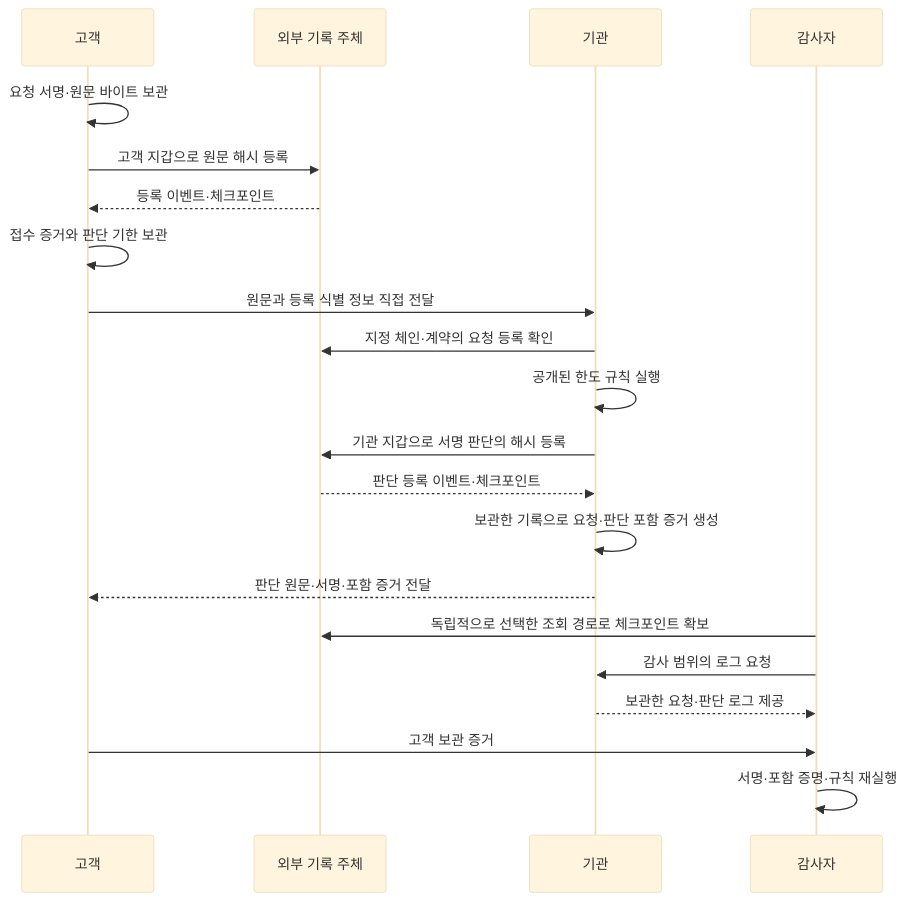
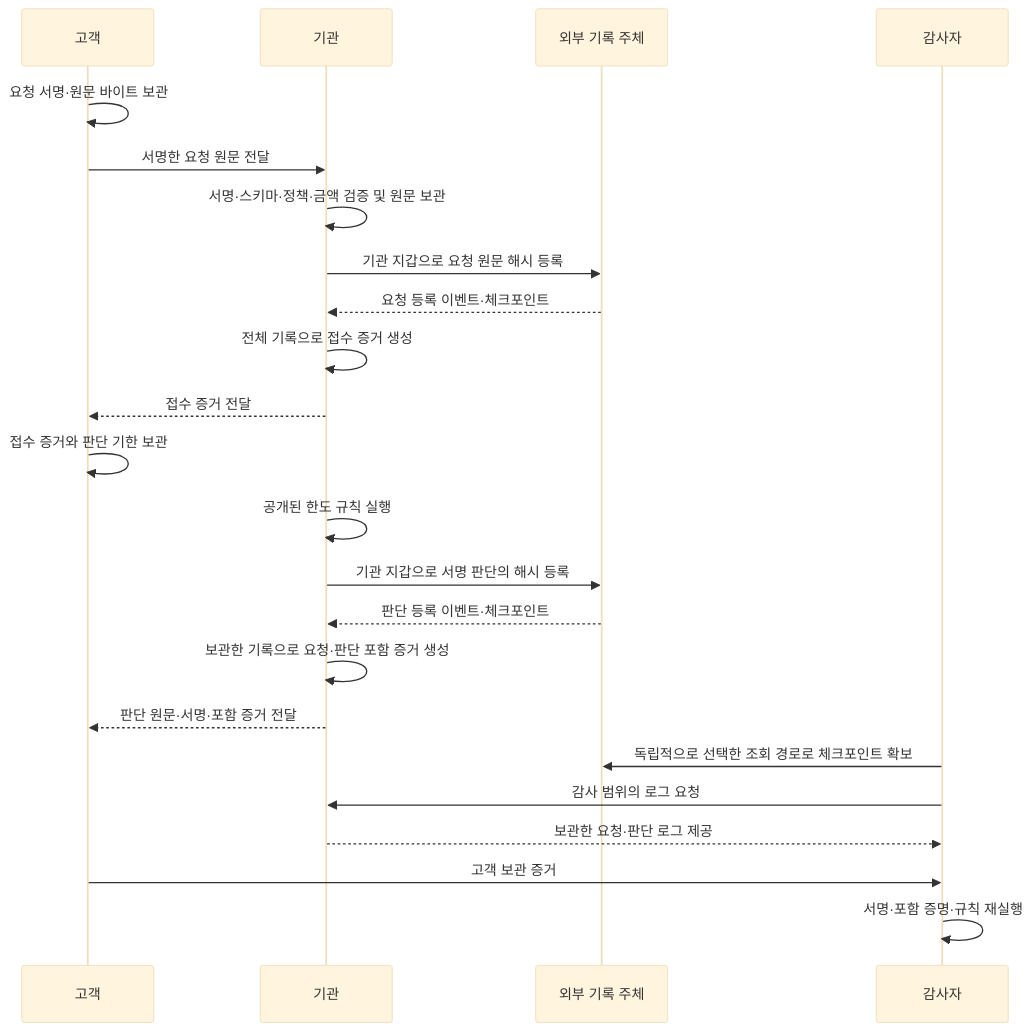
The diagram in README.md (tetherkim/trust404), drawn with Mermaid (base theme) before and after one commit. The commit also changed other lines of this file, not shown here.

````diff
--- a/README.md
+++ b/README.md
@@ -105,23 +108,25 @@
 ```mermaid
 sequenceDiagram
     participant C as 고객
+    participant I as 기관
     participant W as 외부 기록 주체
-    participant I as 기관
     participant A as 감사자
     C->>C: 요청 서명·원문 바이트 보관
-    C->>W: 고객 지갑으로 원문 해시 등록
-    W-->>C: 등록 이벤트·체크포인트
+    C->>I: 서명한 요청 원문 전달
+    I->>I: 서명·스키마·정책·금액 검증 및 원문 보관
+    I->>W: 기관 지갑으로 요청 원문 해시 등록
+    W-->>I: 요청 등록 이벤트·체크포인트
+    I->>I: 전체 기록으로 접수 증거 생성
+    I-->>C: 접수 증거 전달
     C->>C: 접수 증거와 판단 기한 보관
-    C->>I: 원문과 등록 식별 정보 직접 전달
-    I->>W: 지정 체인·계약의 요청 등록 확인
     I->>I: 공개된 한도 규칙 실행
     I->>W: 기관 지갑으로 서명 판단의 해시 등록
     W-->>I: 판단 등록 이벤트·체크포인트
     I->>I: 보관한 기록으로 요청·판단 포함 증거 생성
     I-->>C: 판단 원문·서명·포함 증거 전달
     A->>W: 독립적으로 선택한 조회 경로로 체크포인트 확보
     A->>I: 감사 범위의 로그 요청
     I-->>A: 보관한 요청·판단 로그 제공
     C->>A: 고객 보관 증거
     A->>A: 서명·포함 증명·규칙 재실행
 ```
````
